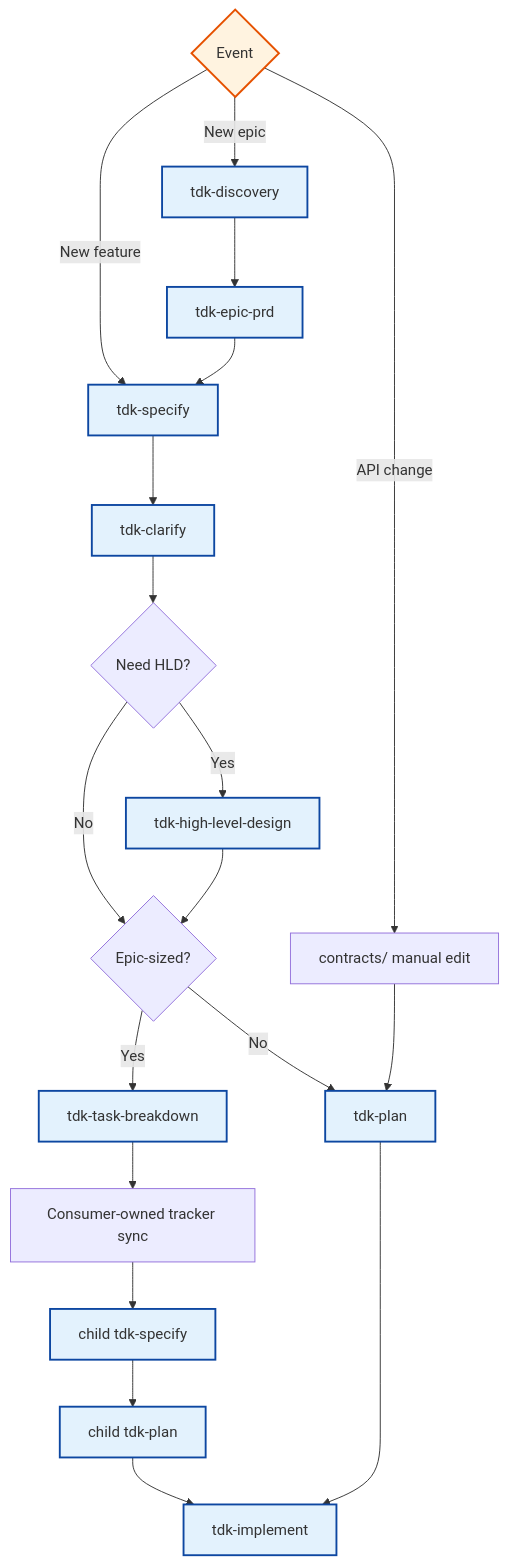
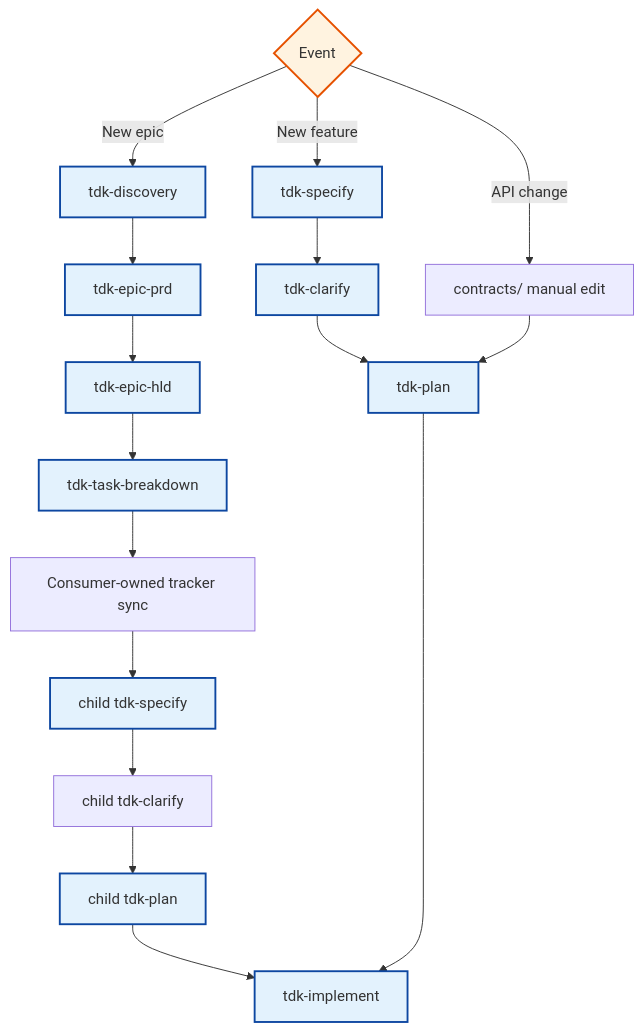
One commit to vinhltt/tdk changed the eighth of 8 diagrams in .specify/docs/en/guides/document-flow.md. Above: the diagram before and after it, drawn with Mermaid. The commit also changed other lines of this file and 58 other files, not shown here.

````diff
--- a/.specify/docs/en/guides/document-flow.md
+++ b/.specify/docs/en/guides/document-flow.md
@@ -411,30 +411,27 @@
 ```mermaid
 flowchart TD
     START{Event}
 
     START -->|New epic| DISCOVERY[tdk-discovery]
     START -->|New feature| SPECIFY[tdk-specify]
     START -->|API change| UPDATE_CONTRACT[contracts/ manual edit]
 
     DISCOVERY --> EPIC_PRD[tdk-epic-prd]
-    EPIC_PRD --> SPECIFY
-    SPECIFY --> CLARIFY[tdk-clarify]
-    CLARIFY --> HLD{Need HLD?}
-    HLD -->|Yes| HLD_CMD[tdk-high-level-design]
-    HLD -->|No| EPIC_SIZE{Epic-sized?}
-    HLD_CMD --> EPIC_SIZE
-    EPIC_SIZE -->|Yes| BREAKDOWN[tdk-task-breakdown]
+    EPIC_PRD --> HLD_CMD[tdk-epic-hld]
+    HLD_CMD --> BREAKDOWN[tdk-task-breakdown]
     BREAKDOWN --> TRACKER[Consumer-owned tracker sync]
     TRACKER --> CHILD_SPEC[child tdk-specify]
-    CHILD_SPEC --> CHILD_PLAN[child tdk-plan]
-    EPIC_SIZE -->|No| PLAN[tdk-plan]
+    SPECIFY --> CLARIFY[tdk-clarify]
+    CHILD_SPEC --> CHILD_CLARIFY[child tdk-clarify]
+    CHILD_CLARIFY --> CHILD_PLAN[child tdk-plan]
+    CLARIFY --> PLAN[tdk-plan]
     CHILD_PLAN --> IMPLEMENT[tdk-implement]
     PLAN --> IMPLEMENT
     
     UPDATE_CONTRACT --> PLAN
 
     classDef event fill:#fff3e0,stroke:#e65100,stroke-width:2px
     classDef command fill:#e3f2fd,stroke:#0d47a1,stroke-width:2px
     class START event
     class DISCOVERY,EPIC_PRD,SPECIFY,CLARIFY,HLD_CMD,BREAKDOWN,CHILD_SPEC,CHILD_PLAN,PLAN,IMPLEMENT command
 ```
````
